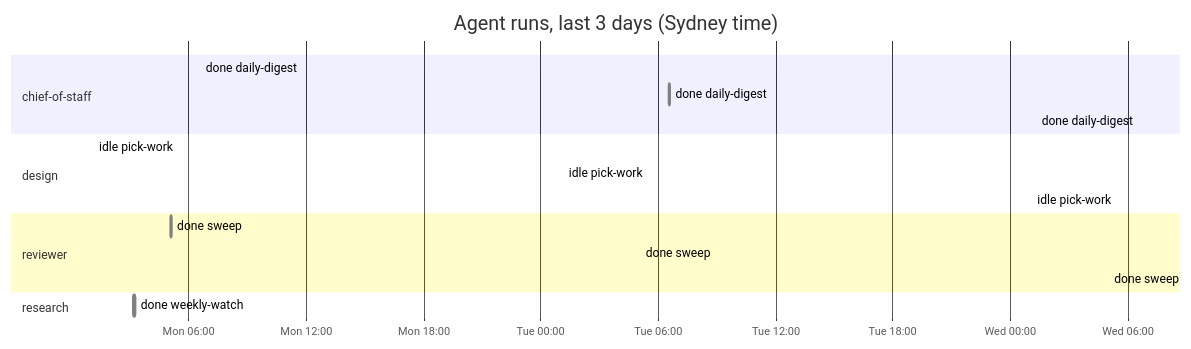
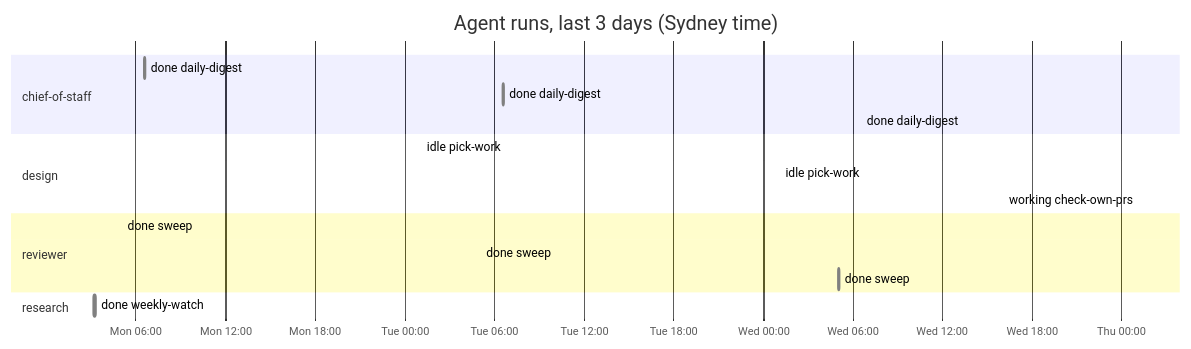
One commit to roulmediateam-byte/fifteen-expert-hq changed the diagram in dashboard.md. Above: the diagram before and after it, drawn with Mermaid. The commit also changed other lines of this file and 1 other file, not shown here.

````diff
--- a/dashboard.md
+++ b/dashboard.md
@@ -53,20 +53,20 @@
 ```mermaid
 gantt
     title Agent runs, last 3 days (Sydney time)
     dateFormat YYYY-MM-DD HH:mm
     axisFormat %a %H:%M
     section chief-of-staff
     done daily-digest :done, 2026-11-23 06:35, 2026-11-23 06:36
     done daily-digest :done, 2026-11-24 06:35, 2026-11-24 06:37
     done daily-digest :done, 2026-11-25 06:34, 2026-11-25 06:35
     section design
-    idle pick-work :done, 2026-11-23 01:08, 2026-11-23 01:09
     idle pick-work :done, 2026-11-24 01:09, 2026-11-24 01:09
     idle pick-work :done, 2026-11-25 01:09, 2026-11-25 01:09
+    working check-own-prs :active, 2026-11-26 01:09, 2026-11-26 01:09
     section reviewer
     done sweep :done, 2026-11-23 05:04, 2026-11-23 05:06
     done sweep :done, 2026-11-24 05:05, 2026-11-24 05:06
     done sweep :done, 2026-11-25 05:04, 2026-11-25 05:05
     section research
     done weekly-watch :done, 2026-11-23 03:10, 2026-11-23 03:17
 ```
````
